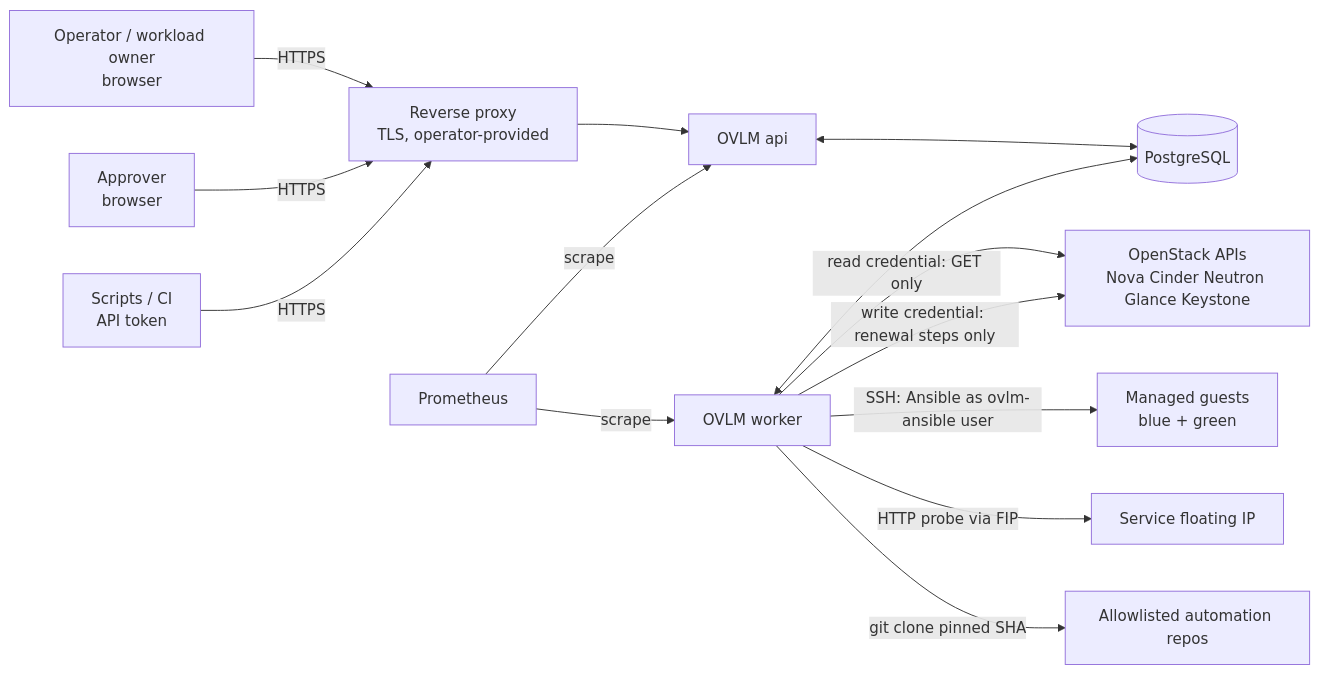
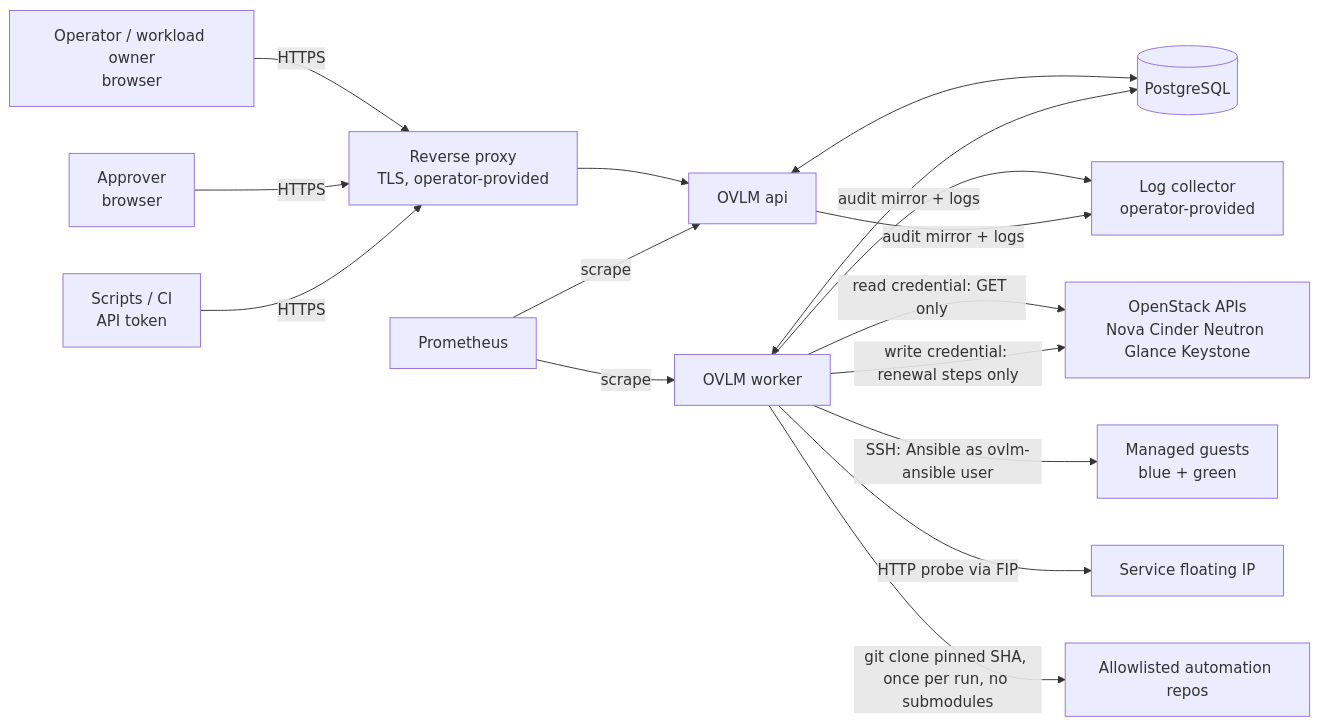
Before and after one commit to OzarLand/openstack-vm-lifecycle-manager: the first of 2 diagrams in docs/architecture.md, drawn with Mermaid. The commit also changed other lines of this file and 7 other files, not shown here.

````diff
--- a/docs/architecture.md
+++ b/docs/architecture.md
@@ -25,16 +32,18 @@
 ```mermaid
 flowchart LR
   op[Operator / workload owner<br/>browser] -->|HTTPS| rp[Reverse proxy<br/>TLS, operator-provided]
   appr[Approver<br/>browser] -->|HTTPS| rp
   cli[Scripts / CI<br/>API token] -->|HTTPS| rp
   rp --> api[OVLM api]
   api <--> db[(PostgreSQL)]
   worker[OVLM worker] <--> db
   worker -->|read credential: GET only| osr[OpenStack APIs<br/>Nova Cinder Neutron Glance Keystone]
   worker -->|write credential: renewal steps only| osr
   worker -->|SSH: Ansible as ovlm-ansible user| guests[Managed guests<br/>blue + green]
   worker -->|HTTP probe via FIP| fip[Service floating IP]
-  worker -->|git clone pinned SHA| git[Allowlisted automation repos]
+  worker -->|git clone pinned SHA, once per run, no submodules| git[Allowlisted automation repos]
+  worker -->|audit mirror + logs| logs[Log collector<br/>operator-provided]
+  api -->|audit mirror + logs| logs
   prom[Prometheus] -->|scrape| api
   prom -->|scrape| worker
 ```
````
